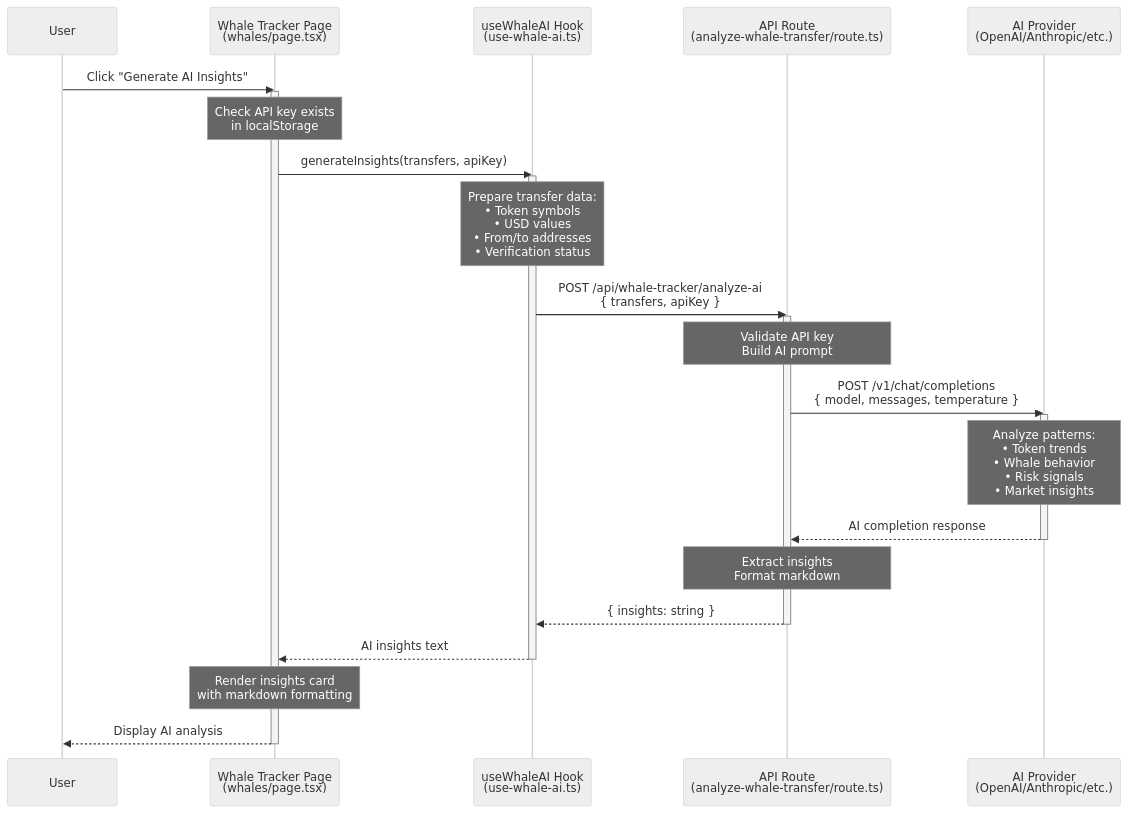
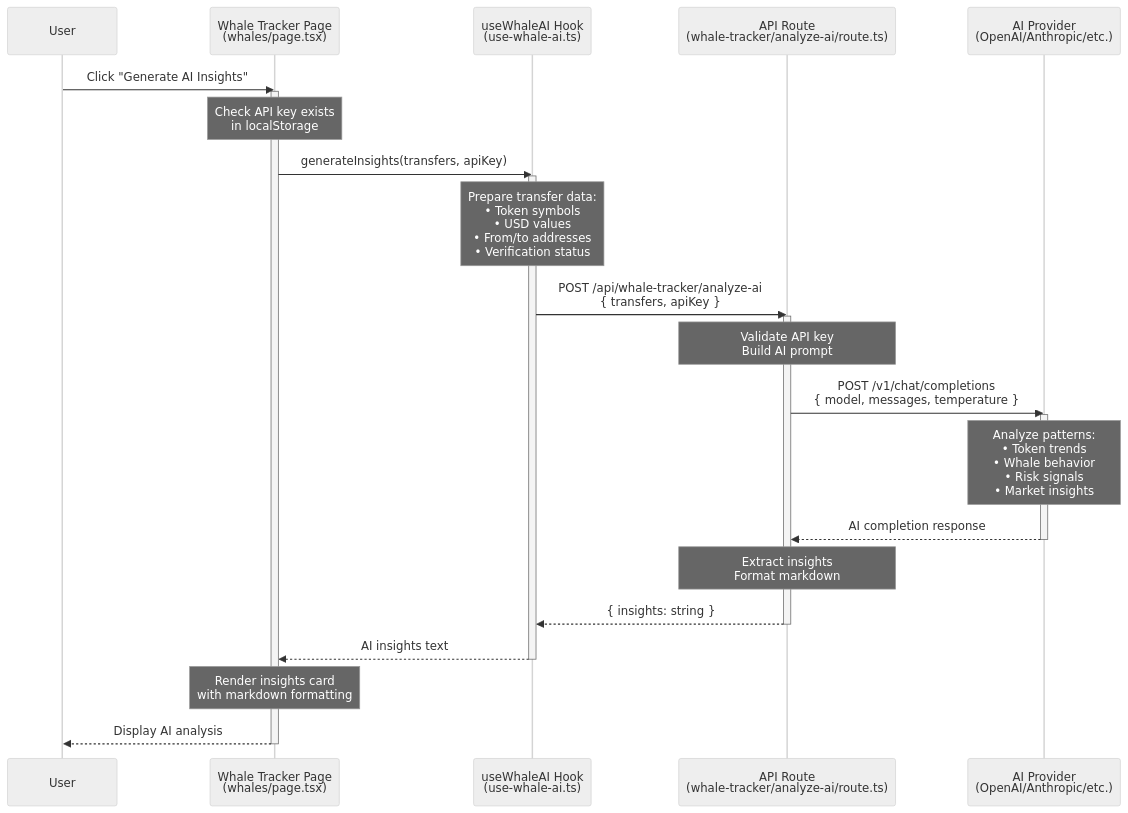
One commit to ChainsQueen/chainwhale changed the fifth of 5 diagrams in README.md. Above: the diagram before and after it, drawn with Mermaid (neutral theme). The commit also changed other lines of this file, not shown here.

First line of the commit message:
docs(readme): update architecture and add comprehensive AI insights documentation

````diff
--- a/README.md
+++ b/README.md
@@ -426,40 +484,40 @@
 ```mermaid
 sequenceDiagram
     participant User
     participant Page as Whale Tracker Page<br/>(whales/page.tsx)
     participant Hook as useWhaleAI Hook<br/>(use-whale-ai.ts)
-    participant Route as API Route<br/>(analyze-whale-transfer/route.ts)
+    participant Route as API Route<br/>(whale-tracker/analyze-ai/route.ts)
     participant AI as AI Provider<br/>(OpenAI/Anthropic/etc.)
 
     User->>Page: Click "Generate AI Insights"
     activate Page
     Note over Page: Check API key exists<br/>in localStorage
     
     Page->>Hook: generateInsights(transfers, apiKey)
     activate Hook
     Note over Hook: Prepare transfer data:<br/>• Token symbols<br/>• USD values<br/>• From/to addresses<br/>• Verification status
     
     Hook->>Route: POST /api/whale-tracker/analyze-ai<br/>{ transfers, apiKey }
     activate Route
     Note over Route: Validate API key<br/>Build AI prompt
     
     Route->>AI: POST /v1/chat/completions<br/>{ model, messages, temperature }
     activate AI
     Note over AI: Analyze patterns:<br/>• Token trends<br/>• Whale behavior<br/>• Risk signals<br/>• Market insights
     
     AI-->>Route: AI completion response
     deactivate AI
     
     Note over Route: Extract insights<br/>Format markdown
     
     Route-->>Hook: { insights: string }
     deactivate Route
     
     Hook-->>Page: AI insights text
     deactivate Hook
     
     Note over Page: Render insights card<br/>with markdown formatting
     
     Page-->>User: Display AI analysis
     deactivate Page
 ```
````
